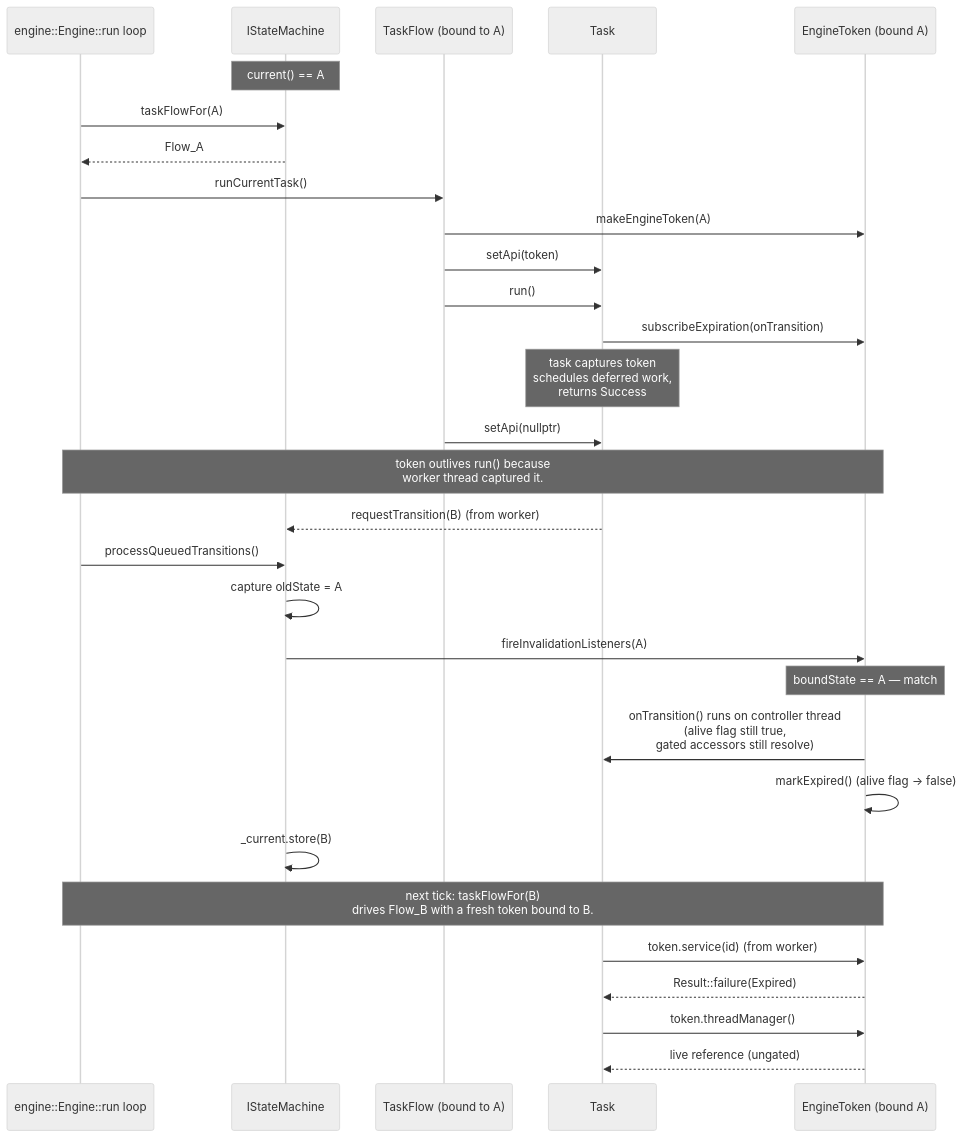
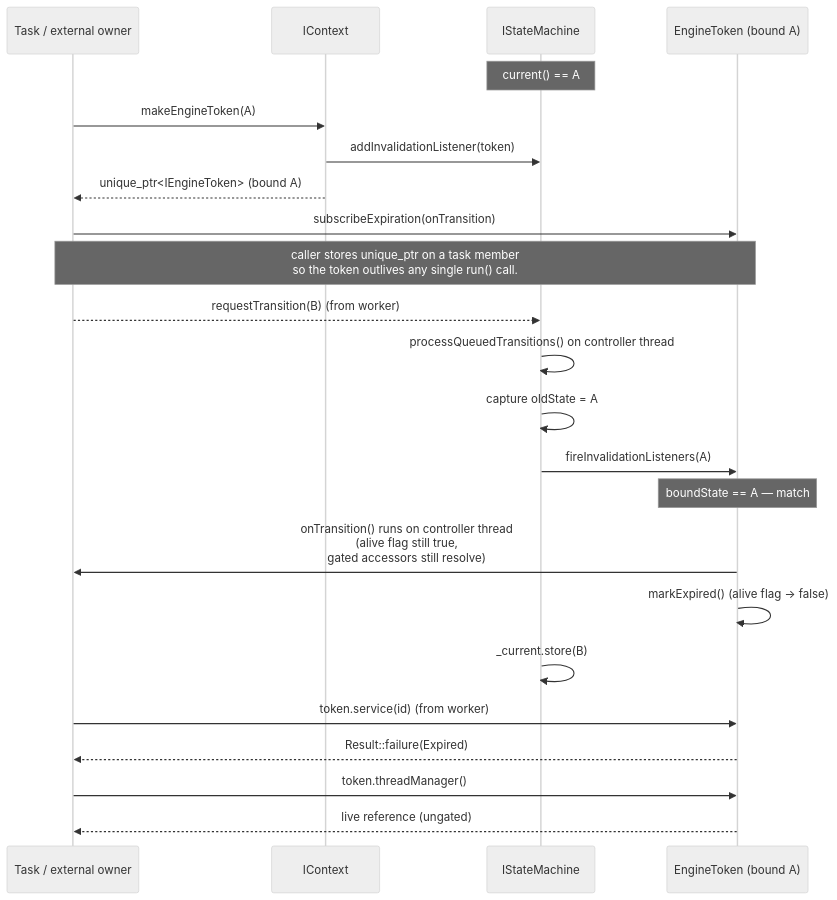
Before and after one commit to vigine-dev/Vigine: the diagram in doc/ecs/engine-token.md, drawn with Mermaid (neutral theme). The commit also changed other lines of this file and 2 other files, not shown here.

````diff
--- a/doc/ecs/engine-token.md
+++ b/doc/ecs/engine-token.md
@@ -215,37 +325,28 @@
 ```mermaid
 sequenceDiagram
-    participant Engine as engine::Engine::run loop
+    participant Caller as Task / external owner
+    participant Ctx as IContext
     participant FSM as IStateMachine
-    participant Flow as TaskFlow (bound to A)
-    participant Task
     participant Token as EngineToken (bound A)
 
     Note over FSM: current() == A
-    Engine->>FSM: taskFlowFor(A)
-    FSM-->>Engine: Flow_A
-    Engine->>Flow: runCurrentTask()
-    Flow->>Token: makeEngineToken(A)
-    Flow->>Task: setApi(token)
-    Flow->>Task: run()
-    Task->>Token: subscribeExpiration(onTransition)
-    Note over Task: task captures token<br/>schedules deferred work,<br/>returns Success
-    Flow->>Task: setApi(nullptr)
+    Caller->>Ctx: makeEngineToken(A)
+    Ctx->>FSM: addInvalidationListener(token)
+    Ctx-->>Caller: unique_ptr<IEngineToken> (bound A)
+    Caller->>Token: subscribeExpiration(onTransition)
+    Note over Caller,Token: caller stores unique_ptr on a task member<br/>so the token outlives any single run() call.
 
-    Note over Engine,Token: token outlives run() because<br/>worker thread captured it.
-
-    Task-->>FSM: requestTransition(B) (from worker)
-    Engine->>FSM: processQueuedTransitions()
+    Caller-->>FSM: requestTransition(B) (from worker)
+    FSM->>FSM: processQueuedTransitions() on controller thread
     FSM->>FSM: capture oldState = A
     FSM->>Token: fireInvalidationListeners(A)
     Note over Token: boundState == A — match
-    Token->>Task: onTransition() runs on controller thread<br/>(alive flag still true,<br/>gated accessors still resolve)
+    Token->>Caller: onTransition() runs on controller thread<br/>(alive flag still true,<br/>gated accessors still resolve)
     Token->>Token: markExpired() (alive flag → false)
     FSM->>FSM: _current.store(B)
 
-    Note over Engine,Token: next tick: taskFlowFor(B)<br/>drives Flow_B with a fresh token bound to B.
-
-    Task->>Token: token.service(id) (from worker)
-    Token-->>Task: Result::failure(Expired)
-    Task->>Token: token.threadManager()
-    Token-->>Task: live reference (ungated)
+    Caller->>Token: token.service(id) (from worker)
+    Token-->>Caller: Result::failure(Expired)
+    Caller->>Token: token.threadManager()
+    Token-->>Caller: live reference (ungated)
 ```
````
